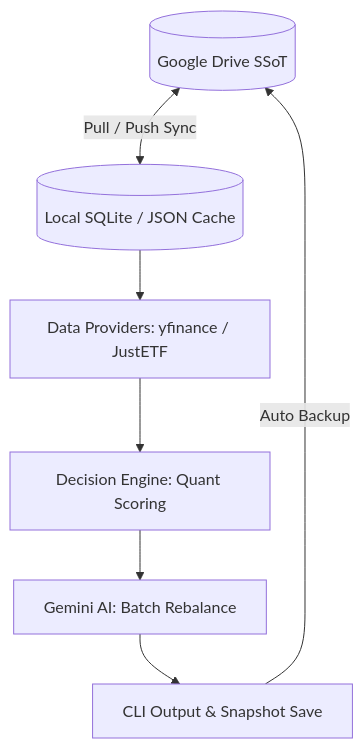
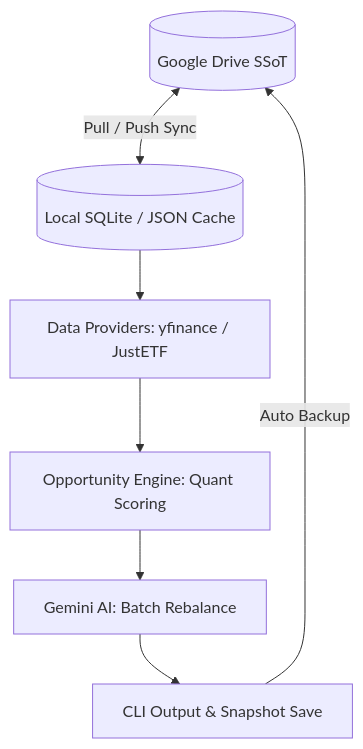
The diagram in README.md (JoPedro15/finances), drawn with Mermaid before and after one commit. The commit also changed other lines of this file and 23 other files, not shown here.

````diff
--- a/README.md
+++ b/README.md
@@ -27,9 +27,9 @@
 ```mermaid
 graph TD
     GDrive[(Google Drive SSoT)] <-->|Pull / Push Sync| LocalDB[(Local SQLite / JSON Cache)]
     LocalDB --> Providers[Data Providers: yfinance / JustETF]
-    Providers --> Engine[Decision Engine: Quant Scoring]
+    Providers --> Engine[Opportunity Engine: Quant Scoring]
     Engine --> Gemini[Gemini AI: Batch Rebalance]
     Gemini --> Report[CLI Output & Snapshot Save]
     Report -->|Auto Backup| GDrive
 ```
````
